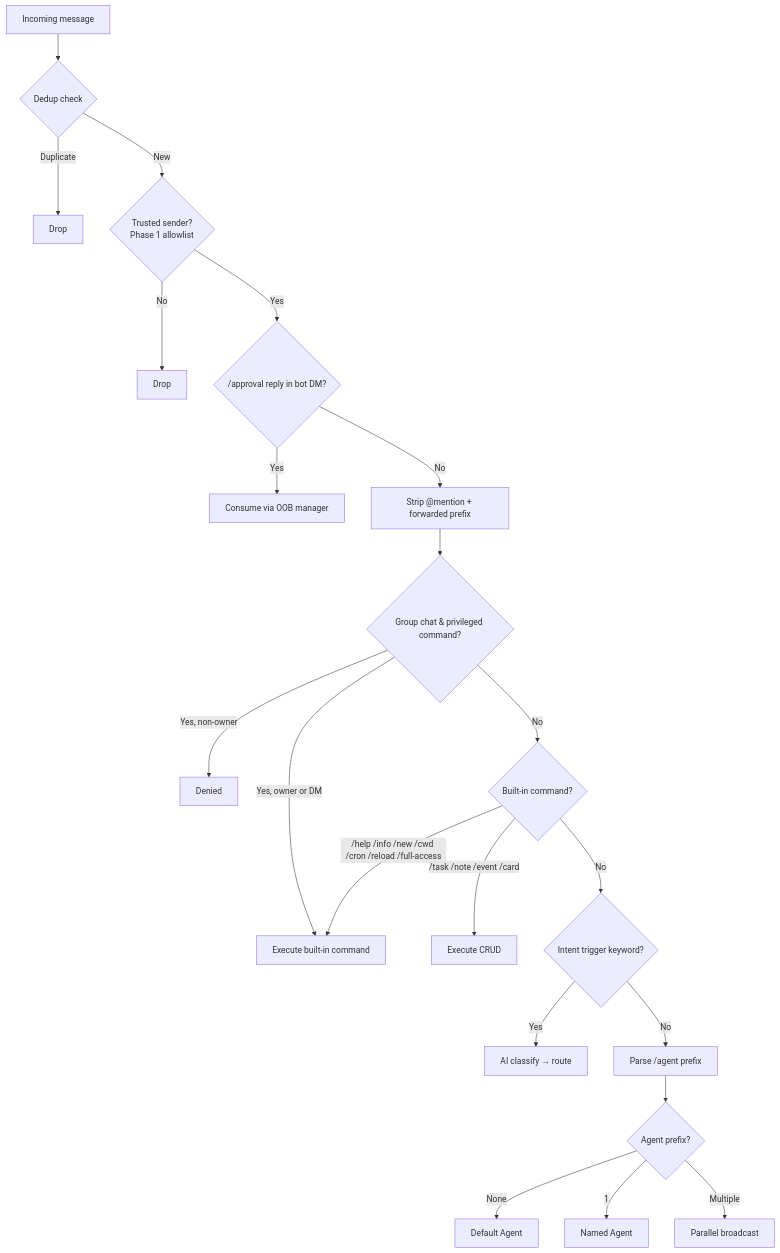
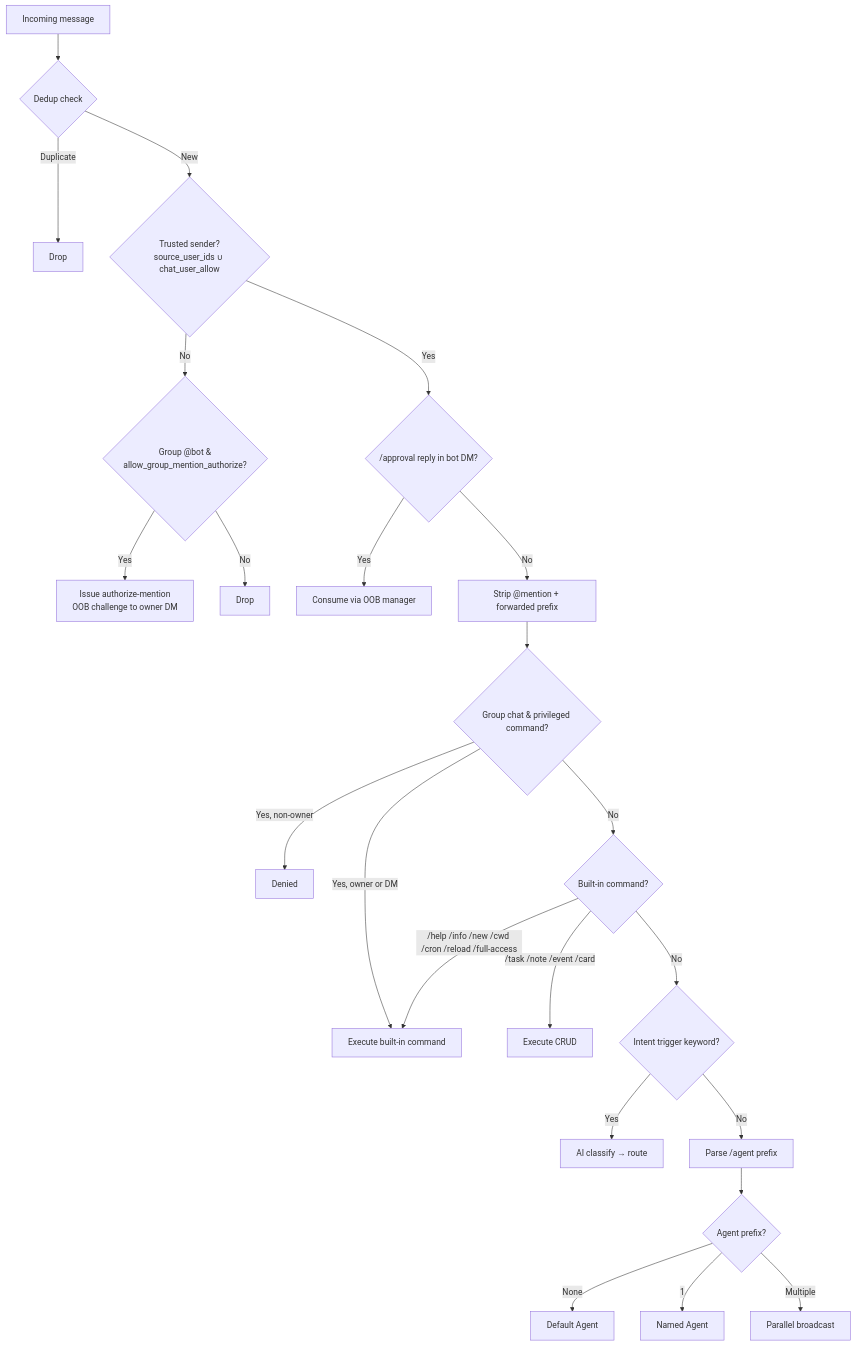
The second of 3 diagrams in docs/guide/how-it-works.md (ringclaw/ringclaw), drawn with Mermaid before and after one commit. The commit also changed other lines of this file and 7 other files, not shown here.

First line of the commit message:
docs(security): authorize-mention OOB flow + chat_user_allow + richer prompts

````diff
--- a/docs/guide/how-it-works.md
+++ b/docs/guide/how-it-works.md
@@ -25,23 +25,25 @@
 ```mermaid
 flowchart TD
     Msg[Incoming message] --> Dedup{Dedup check}
     Dedup -->|Duplicate| Drop[Drop]
-    Dedup -->|New| TS{Trusted sender?<br/>Phase 1 allowlist}
-    TS -->|No| Drop2[Drop]
+    Dedup -->|New| TS{Trusted sender?<br/>source_user_ids ∪ chat_user_allow}
+    TS -->|No| Mention{Group @bot &<br/>allow_group_mention_authorize?}
+    Mention -->|Yes| OOBA[Issue authorize-mention<br/>OOB challenge to owner DM]
+    Mention -->|No| Drop2[Drop]
     TS -->|Yes| Approval{/approval reply in bot DM?}
     Approval -->|Yes| OOB[Consume via OOB manager]
     Approval -->|No| Strip[Strip @mention + forwarded prefix]
     Strip --> Priv{Group chat & privileged command?}
     Priv -->|Yes, non-owner| Block[Denied]
     Priv -->|Yes, owner or DM| Cmd[Execute built-in command]
     Priv -->|No| BuiltIn{Built-in command?}
     BuiltIn -->|/help /info /new /cwd /cron /reload /full-access| Cmd
     BuiltIn -->|/task /note /event /card| CRUD[Execute CRUD]
     BuiltIn -->|No| Intent{Intent trigger keyword?}
     Intent -->|Yes| Classify[AI classify → route]
     Intent -->|No| Parse[Parse /agent prefix]
     Parse --> HasAgent{Agent prefix?}
     HasAgent -->|None| Default[Default Agent]
     HasAgent -->|1| Named[Named Agent]
     HasAgent -->|Multiple| Broadcast[Parallel broadcast]
 ```
````
